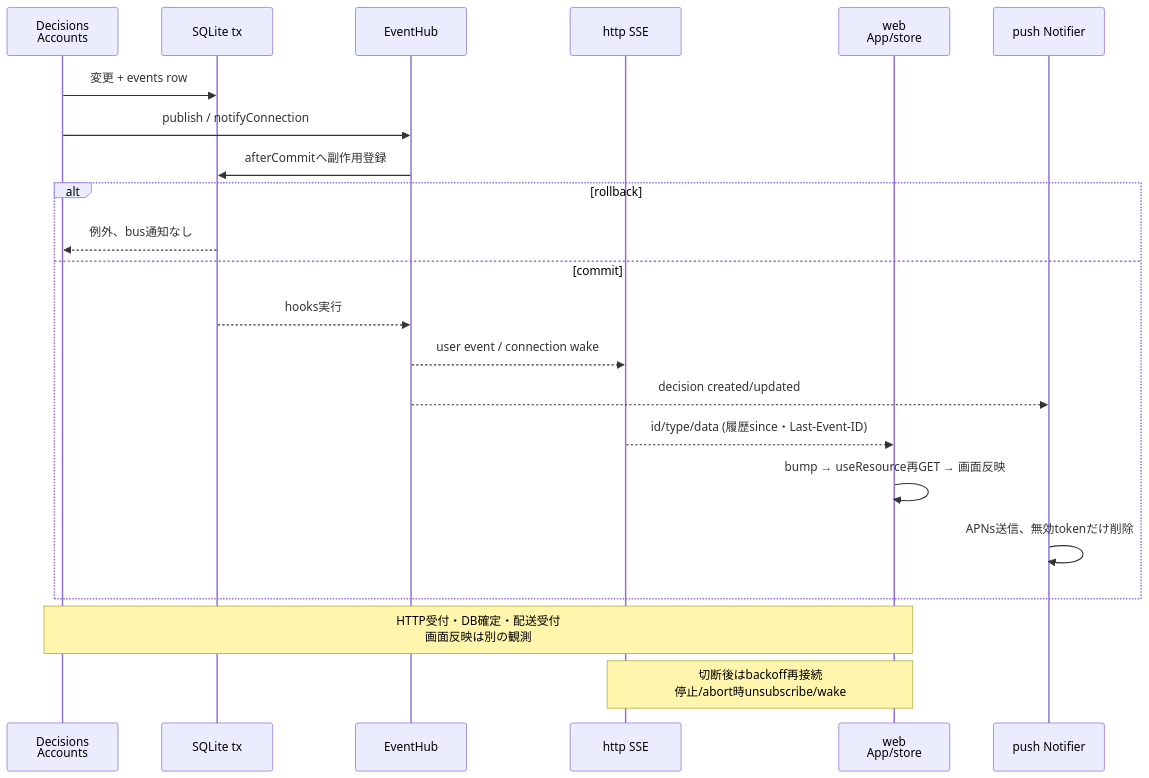
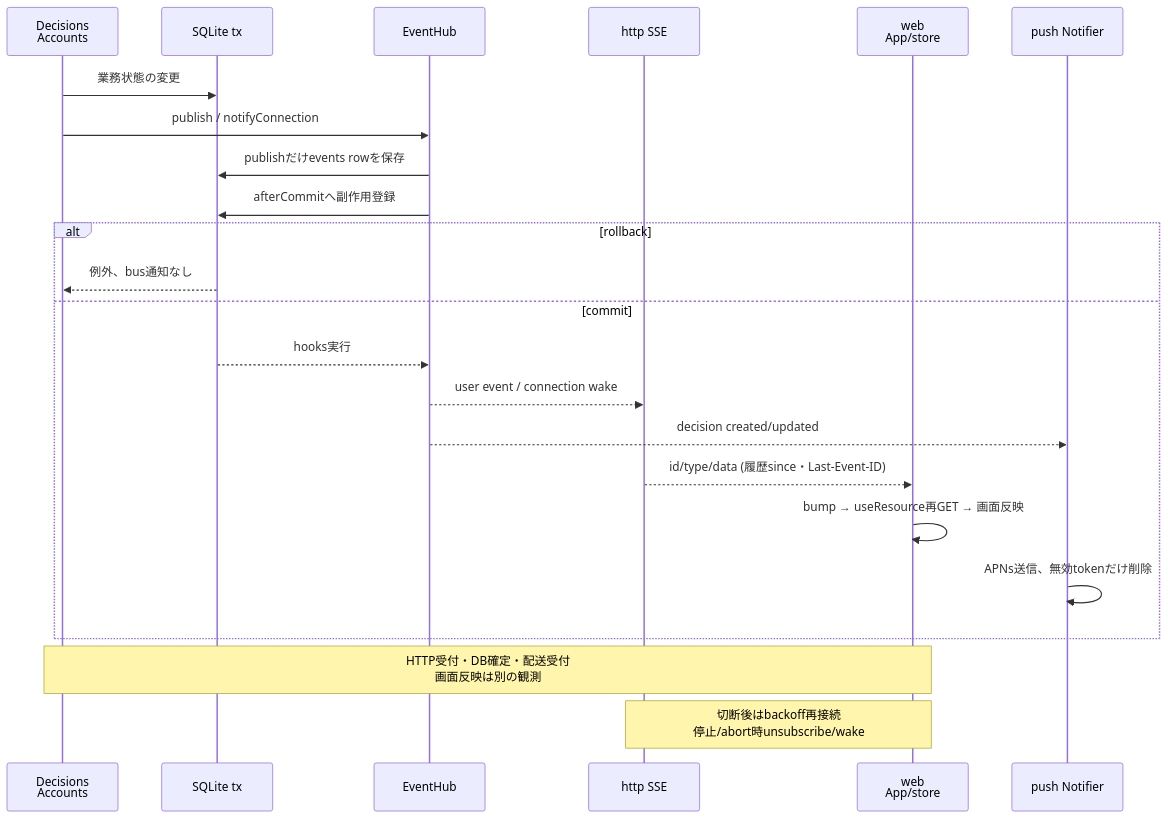
The diagram in docs/refactoring/current/events.mmd (kitepon/approval-box), drawn with Mermaid before and after one commit. The commit also changed 35 other files, not shown here.

```diff
--- a/docs/refactoring/current/events.mmd
+++ b/docs/refactoring/current/events.mmd
@@ -1,22 +1,23 @@
 sequenceDiagram
  participant D as Decisions<br/>Accounts
  participant DB as SQLite tx
  participant E as EventHub
  participant S as http SSE
  participant W as web<br/>App/store
  participant P as push Notifier
- D->>DB: 変更 + events row
+ D->>DB: 業務状態の変更
  D->>E: publish / notifyConnection
+ E->>DB: publishだけevents rowを保存
  E->>DB: afterCommitへ副作用登録
  alt rollback
  DB-->>D: 例外、bus通知なし
  else commit
  DB-->>E: hooks実行
  E-->>S: user event / connection wake
  E-->>P: decision created/updated
  S-->>W: id/type/data (履歴since・Last-Event-ID)
  W->>W: bump → useResource再GET → 画面反映
  P->>P: APNs送信、無効tokenだけ削除
  end
  Note over D,W: HTTP受付・DB確定・配送受付<br/>画面反映は別の観測
  Note over S,W: 切断後はbackoff再接続<br/>停止/abort時unsubscribe/wake
```
